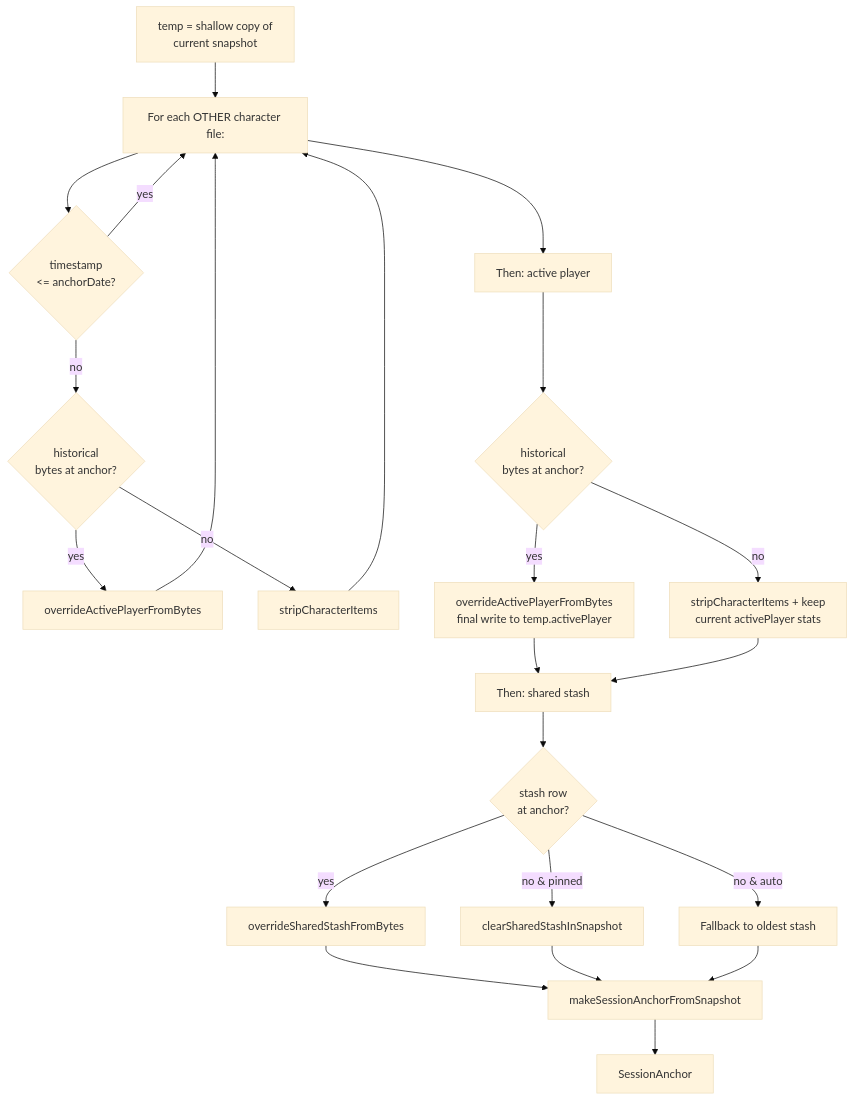
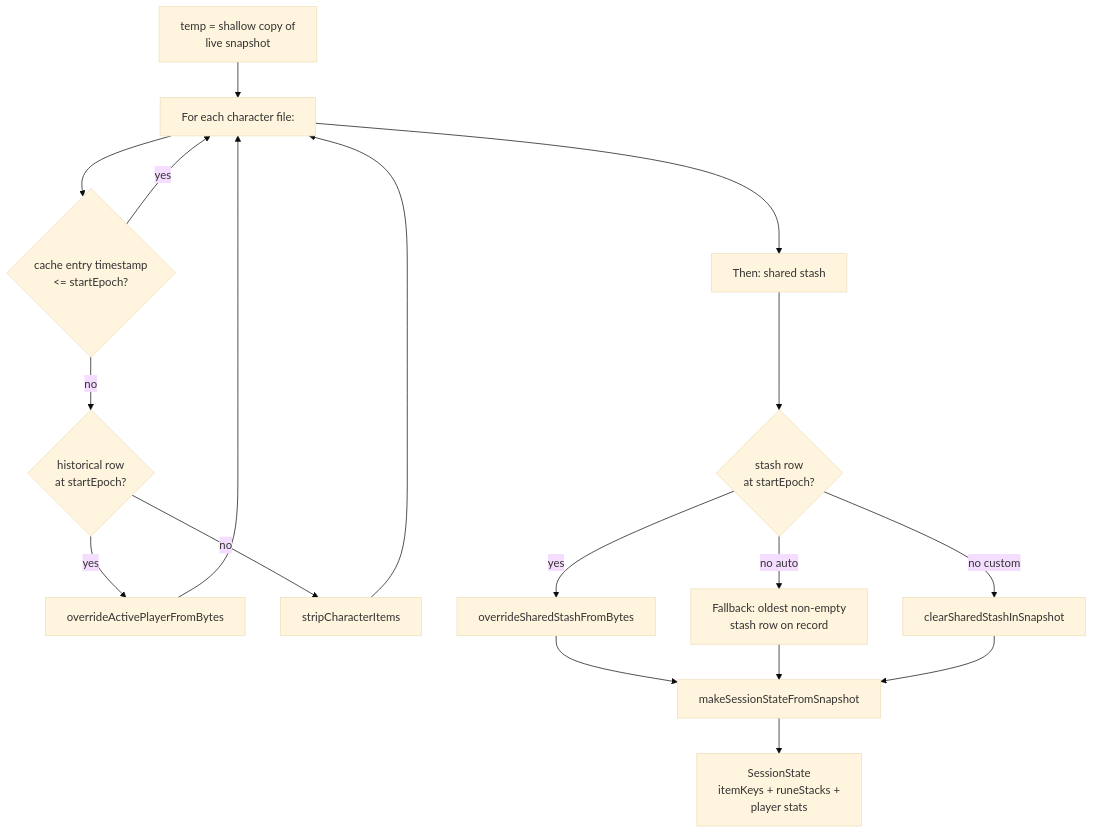
The fourth of 6 diagrams in docs/session-logic.md (kaimeyerdev/d2rsave), drawn with Mermaid (base theme) before and after one commit. The commit also changed other lines of this file, not shown here.

First line of the commit message:
docs: rewrite session-logic.md around the [start, end] window model

````diff
--- a/docs/session-logic.md
+++ b/docs/session-logic.md
@@ -158,25 +123,20 @@
 ```mermaid
 flowchart TD
-    A[temp = shallow copy of<br/>current snapshot] --> B[For each OTHER character file:]
-    B --> C{timestamp<br/>&lt;= anchorDate?}
+    A[temp = shallow copy of<br/>live snapshot] --> B[For each character file:]
+    B --> C{cache entry timestamp<br/>&lt;= startEpoch?}
     C -->|yes| B
-    C -->|no| D{historical<br/>bytes at anchor?}
+    C -->|no| D{historical row<br/>at startEpoch?}
     D -->|yes| E[overrideActivePlayerFromBytes]
     D -->|no| F[stripCharacterItems]
     E --> B
     F --> B
-    B --> G[Then: active player]
-    G --> H{historical<br/>bytes at anchor?}
-    H -->|yes| I[overrideActivePlayerFromBytes<br/>final write to temp.activePlayer]
-    H -->|no| J[stripCharacterItems + keep<br/>current activePlayer stats]
-    I --> K[Then: shared stash]
-    J --> K
-    K --> L{stash row<br/>at anchor?}
-    L -->|yes| M[overrideSharedStashFromBytes]
-    L -->|no & pinned| N[clearSharedStashInSnapshot]
-    L -->|no & auto| O[Fallback to oldest stash]
-    M --> P[makeSessionAnchorFromSnapshot]
-    N --> P
-    O --> P
-    P --> Q[SessionAnchor]
+    B --> G[Then: shared stash]
+    G --> H{stash row<br/>at startEpoch?}
+    H -->|yes| I[overrideSharedStashFromBytes]
+    H -->|no auto| J[Fallback: oldest non-empty<br/>stash row on record]
+    H -->|no custom| K[clearSharedStashInSnapshot]
+    I --> L[makeSessionStateFromSnapshot]
+    J --> L
+    K --> L
+    L --> M[SessionState<br/>itemKeys + runeStacks +<br/>player stats]
 ```
````
